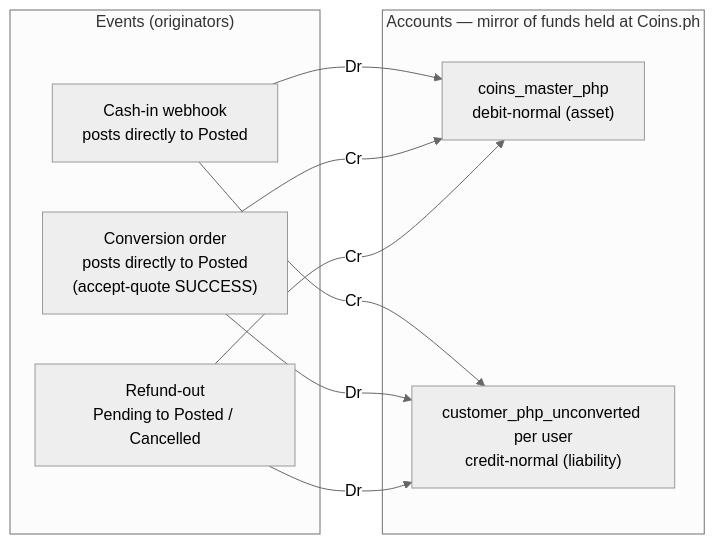
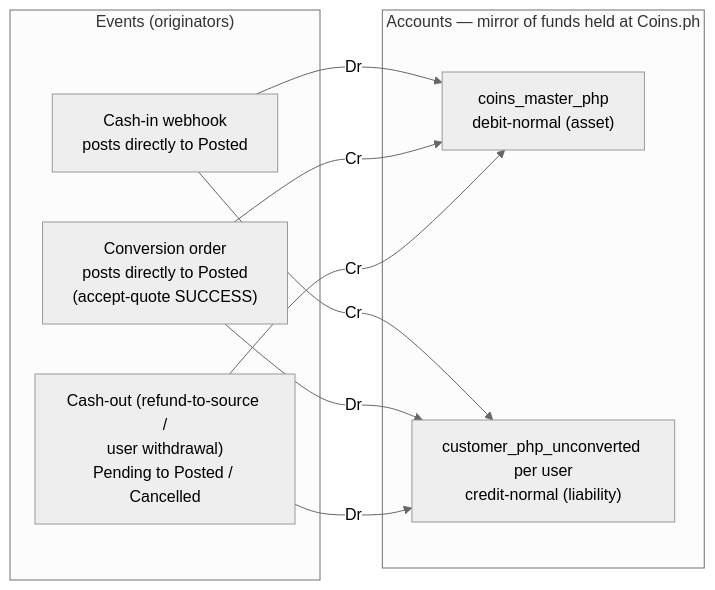
Before and after one commit to STAbraham/stablecoin-project: the first of 3 diagrams in tracks/c-usdc-vasp-privy/research/php-ledger-design.md, drawn with Mermaid (neutral theme). The commit also changed other lines of this file and 10 other files, not shown here.

Commit message:
Ledger: refund_out unified into cash_out (one PHP-out type over fiat/v1/cash-out; cash_out_type = refund_to_source / user_withdrawal carries the policy rules) — Steve 10/02

````diff
--- a/tracks/c-usdc-vasp-privy/research/php-ledger-design.md
+++ b/tracks/c-usdc-vasp-privy/research/php-ledger-design.md
@@ -24,18 +24,18 @@
 ```mermaid
 flowchart LR
   subgraph EVENTS["Events (originators)"]
     CI["Cash-in webhook<br/>posts directly to Posted"]
     CV["Conversion order<br/>posts directly to Posted<br/>(accept-quote SUCCESS)"]
-    RF["Refund-out<br/>Pending to Posted / Cancelled"]
+    RF["Cash-out (refund-to-source /<br/>user withdrawal)<br/>Pending to Posted / Cancelled"]
   end
   subgraph ACCOUNTS["Accounts — mirror of funds held at Coins.ph"]
     MA["coins_master_php<br/>debit-normal (asset)"]
     UP["customer_php_unconverted per user<br/>credit-normal (liability)"]
   end
   CI -->|"Dr"| MA
   CI -->|"Cr"| UP
   CV -->|"Dr"| UP
   CV -->|"Cr"| MA
   RF -->|"Dr"| UP
   RF -->|"Cr"| MA
 ```
````
